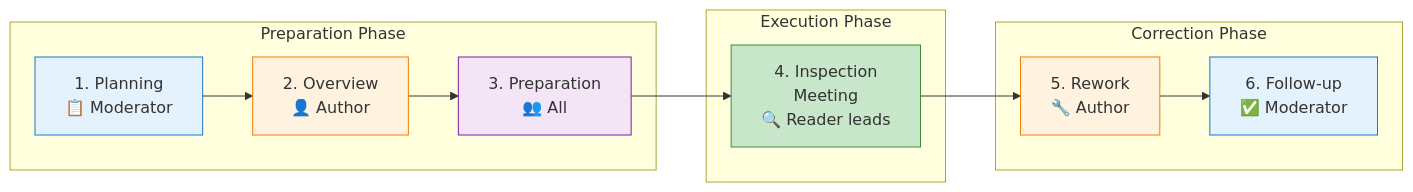
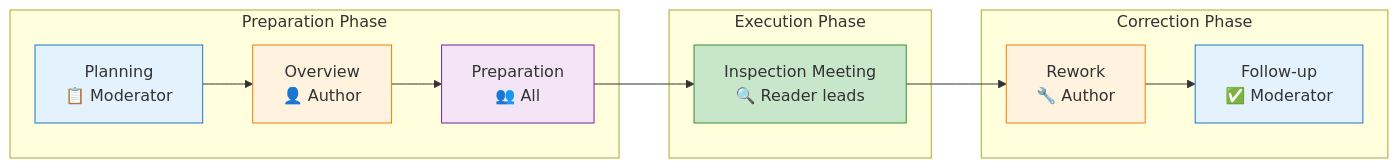
One commit to 3llimi/sqrbok.github.io changed the diagram in content/verif/inspection/fagan-process.md. Above: the diagram before and after it, drawn with Mermaid. The commit also changed 1 other file, not shown here.

Commit message:
mermaid fix

````diff
--- a/content/verif/inspection/fagan-process.md
+++ b/content/verif/inspection/fagan-process.md
@@ -29,26 +29,26 @@
 ```mermaid
 flowchart LR
     subgraph prep["Preparation Phase"]
-        P1[1. Planning<br/>📋 Moderator]
-        P2[2. Overview<br/>👤 Author]
-        P3[3. Preparation<br/>👥 All]
+        P1["Planning<br>📋 Moderator"]
+        P2["Overview<br>👤 Author"]
+        P3["Preparation<br>👥 All"]
     end
 
     subgraph exec["Execution Phase"]
-        P4[4. Inspection<br/>Meeting<br/>🔍 Reader leads]
+        P4["Inspection Meeting<br>🔍 Reader leads"]
     end
 
     subgraph fix["Correction Phase"]
-        P5[5. Rework<br/>🔧 Author]
-        P6[6. Follow-up<br/>✅ Moderator]
+        P5["Rework<br>🔧 Author"]
+        P6["Follow-up<br>✅ Moderator"]
     end
 
     P1 --> P2 --> P3 --> P4 --> P5 --> P6
 
     style P1 fill:#e3f2fd,stroke:#1976d2
     style P2 fill:#fff3e0,stroke:#f57c00
     style P3 fill:#f3e5f5,stroke:#7b1fa2
     style P4 fill:#c8e6c9,stroke:#388e3c
     style P5 fill:#fff3e0,stroke:#f57c00
     style P6 fill:#e3f2fd,stroke:#1976d2
 ```
````
